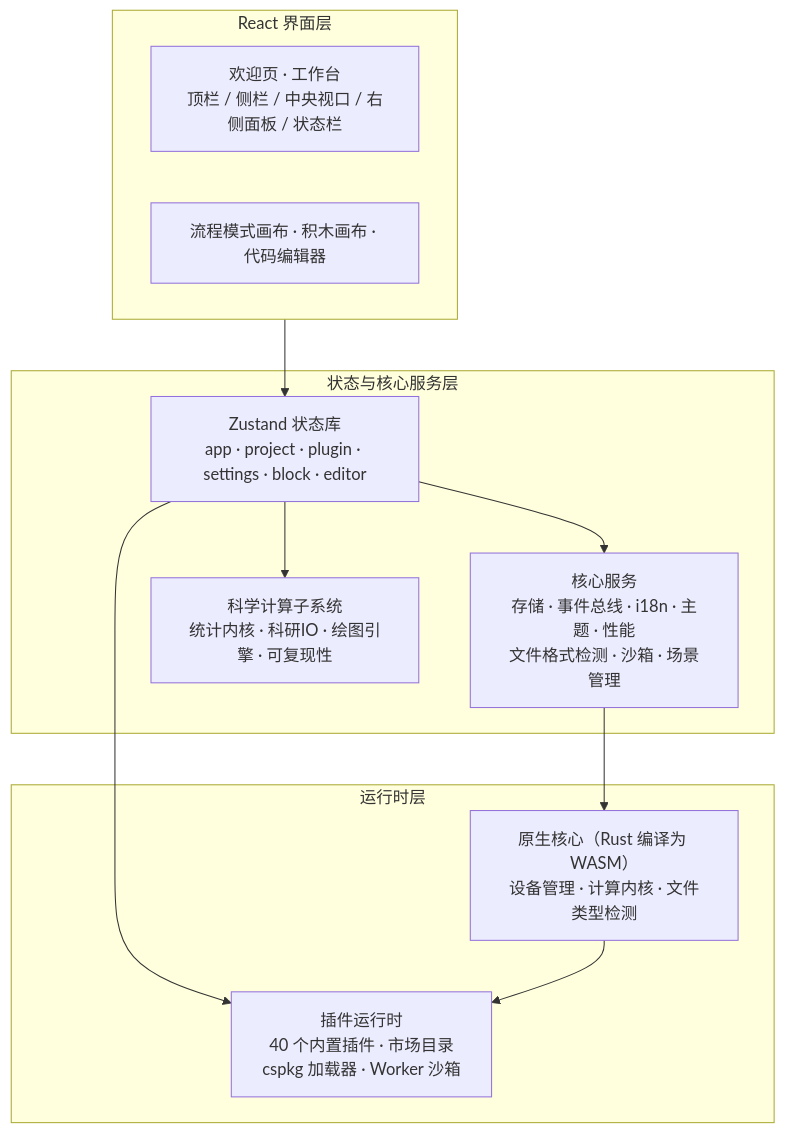
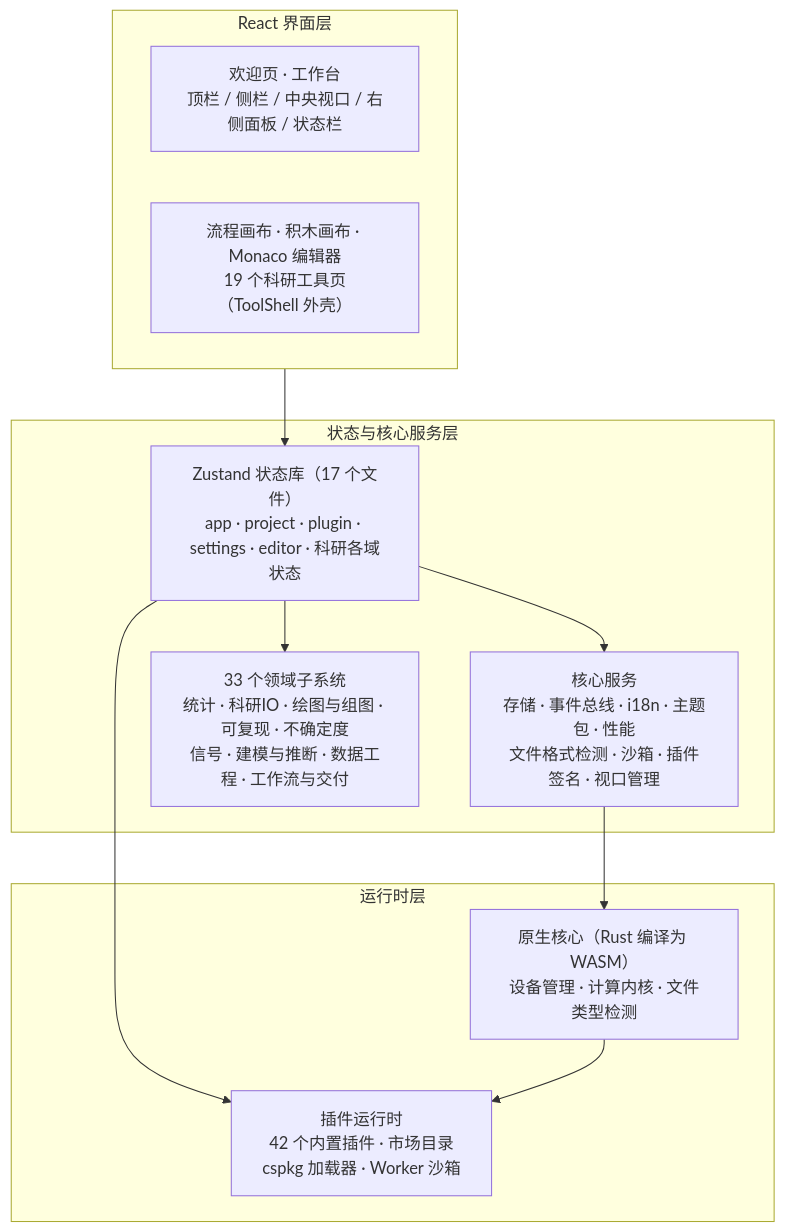
Before and after one commit to SnowLeopard-io/ErgalicsStudio: the second of 3 diagrams in docs/technical/01-产品介绍.md, drawn with Mermaid. The commit also changed other lines of this file and 46 other files, not shown here.

````diff
--- a/docs/technical/01-产品介绍.md
+++ b/docs/technical/01-产品介绍.md
@@ -81,22 +92,22 @@
 ```mermaid
 flowchart TB
     subgraph UI["React 界面层"]
         A1["欢迎页 · 工作台<br/>顶栏 / 侧栏 / 中央视口 / 右侧面板 / 状态栏"]
-        A2["流程模式画布 · 积木画布 · 代码编辑器"]
+        A2["流程画布 · 积木画布 · Monaco 编辑器<br/>19 个科研工具页（ToolShell 外壳）"]
     end
     subgraph State["状态与核心服务层"]
-        B1["Zustand 状态库<br/>app · project · plugin · settings · block · editor"]
-        B2["核心服务<br/>存储 · 事件总线 · i18n · 主题 · 性能<br/>文件格式检测 · 沙箱 · 场景管理"]
-        B3["科学计算子系统<br/>统计内核 · 科研IO · 绘图引擎 · 可复现性"]
+        B1["Zustand 状态库（17 个文件）<br/>app · project · plugin · settings · editor · 科研各域状态"]
+        B2["核心服务<br/>存储 · 事件总线 · i18n · 主题包 · 性能<br/>文件格式检测 · 沙箱 · 插件签名 · 视口管理"]
+        B3["33 个领域子系统<br/>统计 · 科研IO · 绘图与组图 · 可复现 · 不确定度<br/>信号 · 建模与推断 · 数据工程 · 工作流与交付"]
     end
     subgraph Runtime["运行时层"]
-        C1["插件运行时<br/>40 个内置插件 · 市场目录<br/>cspkg 加载器 · Worker 沙箱"]
+        C1["插件运行时<br/>42 个内置插件 · 市场目录<br/>cspkg 加载器 · Worker 沙箱"]
         C2["原生核心（Rust 编译为 WASM）<br/>设备管理 · 计算内核 · 文件类型检测"]
     end
     UI --> B1
     B1 --> B2
     B1 --> B3
     B1 --> C1
     B2 --> C2
     C2 --> C1
 ```
````
